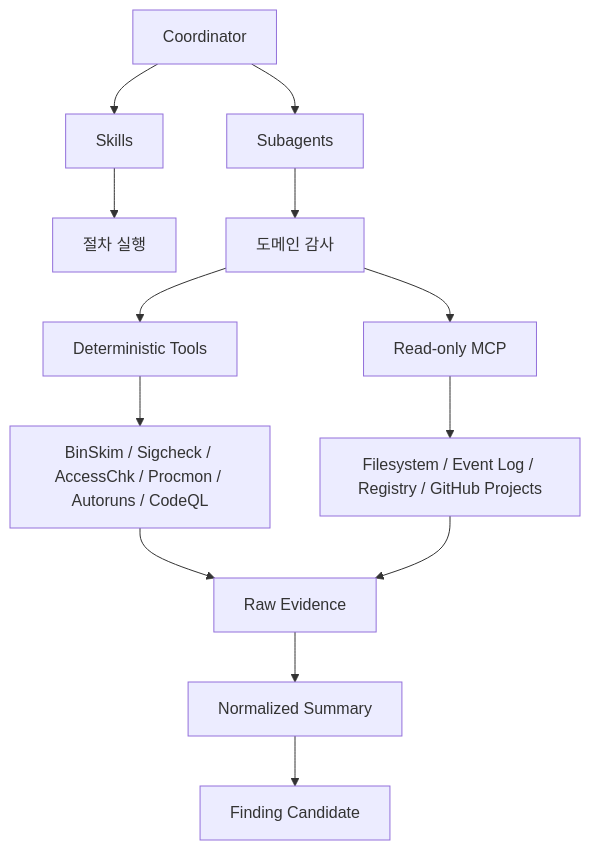
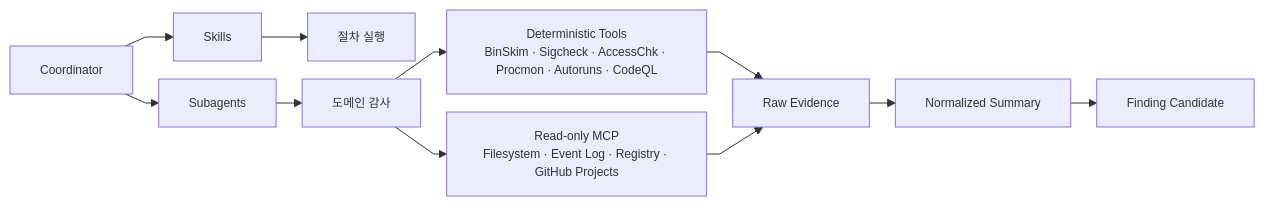
Before and after one commit to koalav/present-anyything: the diagram in decks/windows-audit-design/pages/08_tool_and_mcp_layer.md, drawn with Mermaid. The commit also changed other lines of this file and 259 other files, not shown here.

````diff
--- a/decks/windows-audit-design/pages/08_tool_and_mcp_layer.md
+++ b/decks/windows-audit-design/pages/08_tool_and_mcp_layer.md
@@ -11,19 +13,14 @@
 ```mermaid
-flowchart TD
+%%{init: {'themeVariables': {'fontSize': '12px'}, 'flowchart': {'nodeSpacing': 18, 'rankSpacing': 26, 'diagramPadding': 6, 'curve': 'linear'}}}%%
+flowchart LR
     A[Coordinator] --> B[Skills]
     A --> C[Subagents]
-
     B --> D[절차 실행]
     C --> E[도메인 감사]
-
-    E --> F[Deterministic Tools]
-    E --> G[Read-only MCP]
-
-    F --> H[BinSkim / Sigcheck / AccessChk / Procmon / Autoruns / CodeQL]
-    G --> I[Filesystem / Event Log / Registry / GitHub Projects]
-
-    H --> J[Raw Evidence]
-    I --> J
-    J --> K[Normalized Summary]
-    K --> L[Finding Candidate]
+    E --> F[Deterministic Tools<br/>BinSkim · Sigcheck · AccessChk · Procmon · Autoruns · CodeQL]
+    E --> G[Read-only MCP<br/>Filesystem · Event Log · Registry · GitHub Projects]
+    F --> H[Raw Evidence]
+    G --> H
+    H --> I[Normalized Summary]
+    I --> J[Finding Candidate]
 ```
````
